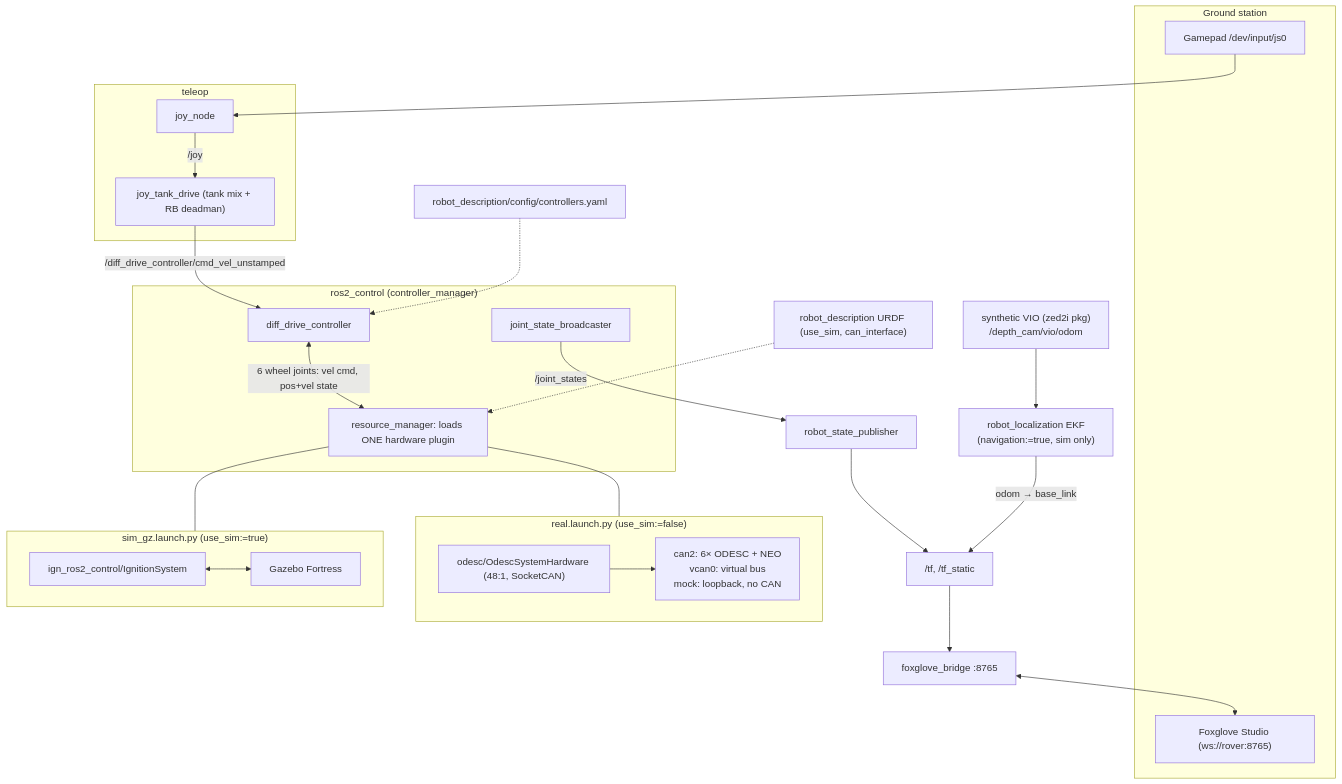
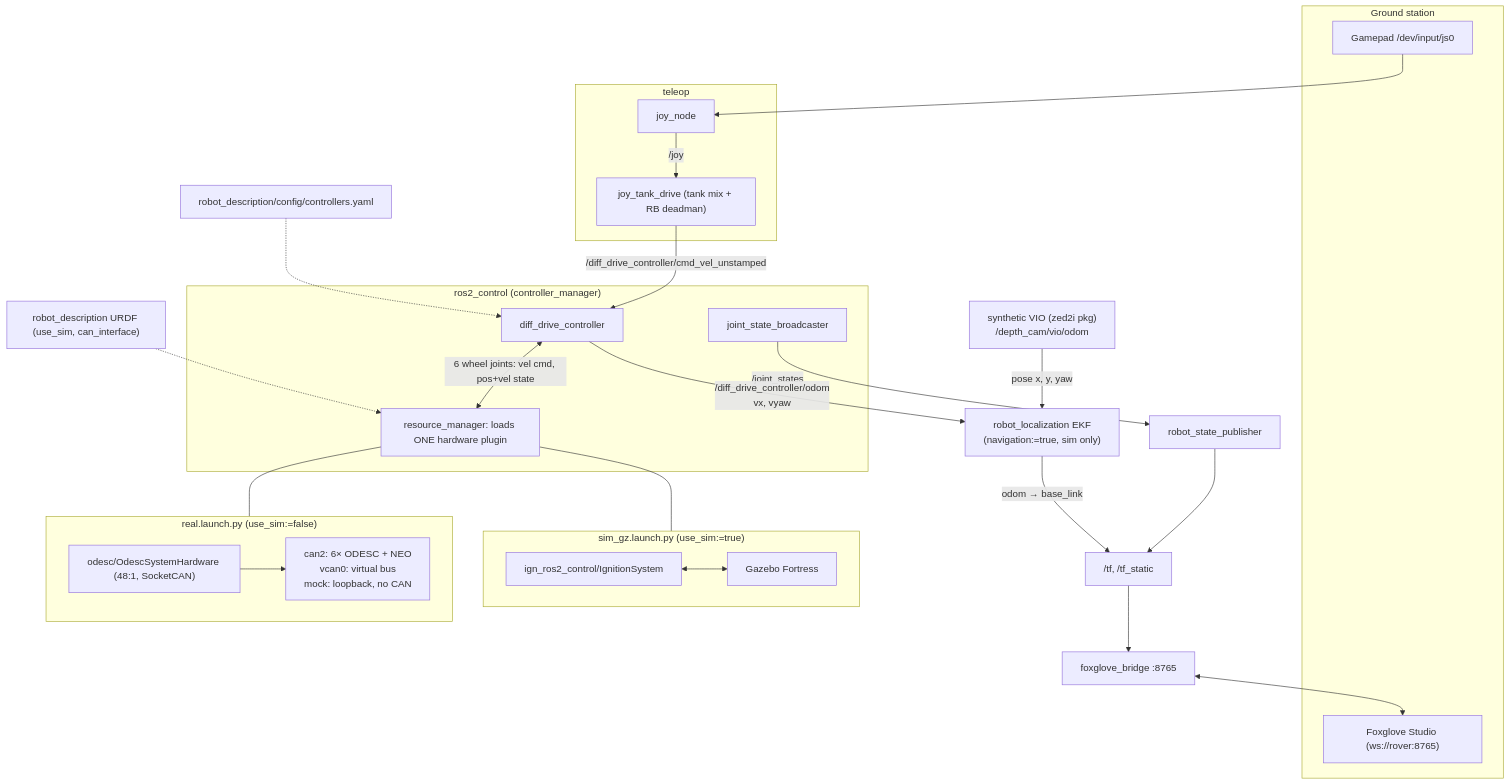
Before and after one commit to BILLEE-BroncoSTAR/billee-software-2027: the diagram in docs/architecture.md, drawn with Mermaid. The commit also changed other lines of this file and 16 other files, not shown here.

First line of the commit message:
fix(bringup): feed wheel odom to the EKF, default sim navigation on, dedupe teleop

````diff
--- a/docs/architecture.md
+++ b/docs/architecture.md
@@ -7,38 +7,39 @@
 ```mermaid
 flowchart TB
     subgraph OP["Ground station"]
         PAD["Gamepad /dev/input/js0"]
         FGS["Foxglove Studio (ws://rover:8765)"]
     end
 
     subgraph TELE["teleop"]
         JOY["joy_node"]
         TANK["joy_tank_drive (tank mix + RB deadman)"]
     end
     PAD --> JOY -->|"/joy"| TANK
     TANK -->|"/diff_drive_controller/cmd_vel_unstamped"| DDC
 
     subgraph CTRL["ros2_control (controller_manager)"]
         DDC["diff_drive_controller"]
         JSB["joint_state_broadcaster"]
         RM["resource_manager: loads ONE hardware plugin"]
         DDC <-->|"6 wheel joints: vel cmd, pos+vel state"| RM
     end
     CFG["robot_description/config/controllers.yaml"] -.-> DDC
     URDF["robot_description URDF (use_sim, can_interface)"] -.-> RM
 
     subgraph SIMB["sim_gz.launch.py (use_sim:=true)"]
         IGN["ign_ros2_control/IgnitionSystem"] <--> GZ["Gazebo Fortress"]
     end
     subgraph REALB["real.launch.py (use_sim:=false)"]
         ODESC["odesc/OdescSystemHardware (48:1, SocketCAN)"]
         ODESC --> CAN["can2: 6× ODESC + NEO<br/>vcan0: virtual bus<br/>mock: loopback, no CAN"]
     end
     RM --- SIMB
     RM --- REALB
 
     JSB -->|"/joint_states"| RSP["robot_state_publisher"] --> TF["/tf, /tf_static"]
-    VIO["synthetic VIO (zed2i pkg)<br/>/depth_cam/vio/odom"] --> EKF["robot_localization EKF<br/>(navigation:=true, sim only)"]
+    VIO["synthetic VIO (zed2i pkg)<br/>/depth_cam/vio/odom"] -->|"pose x, y, yaw"| EKF["robot_localization EKF<br/>(navigation:=true, sim only)"]
+    DDC -->|"/diff_drive_controller/odom<br/>vx, vyaw"| EKF
     EKF -->|"odom → base_link"| TF
     TF --> FB["foxglove_bridge :8765"] <--> FGS
 ```
````
